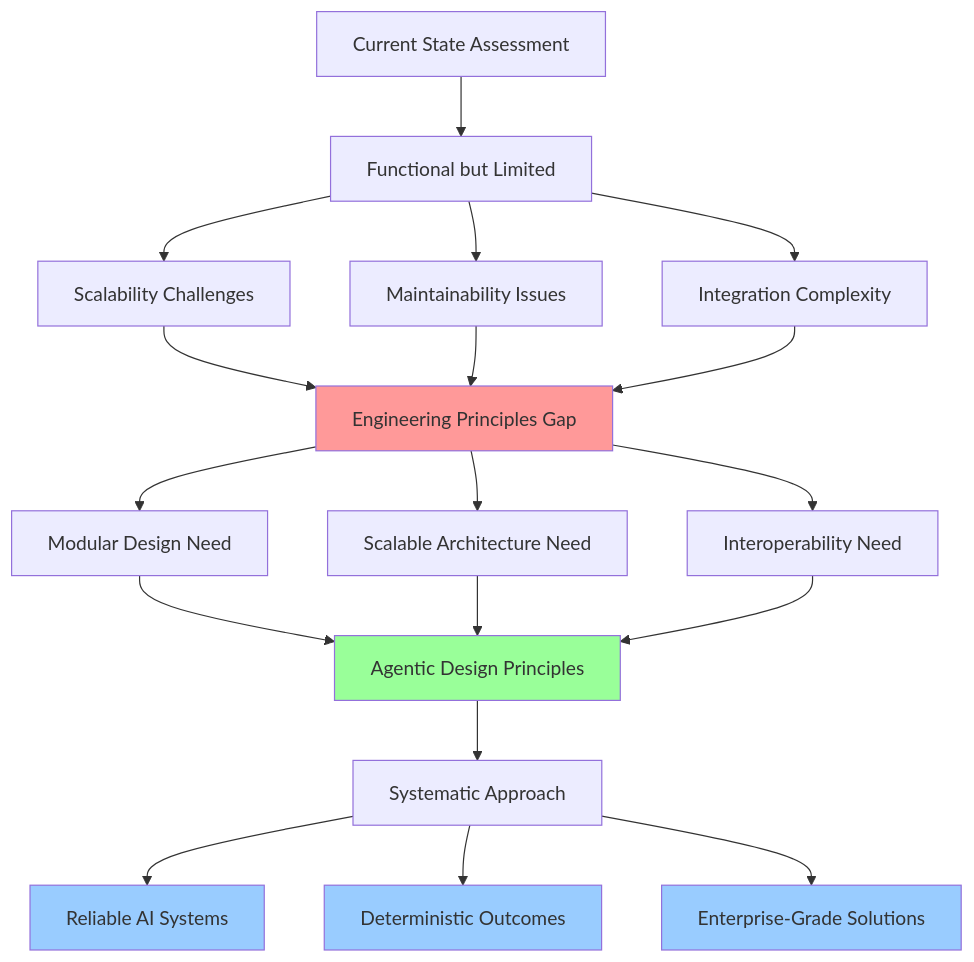
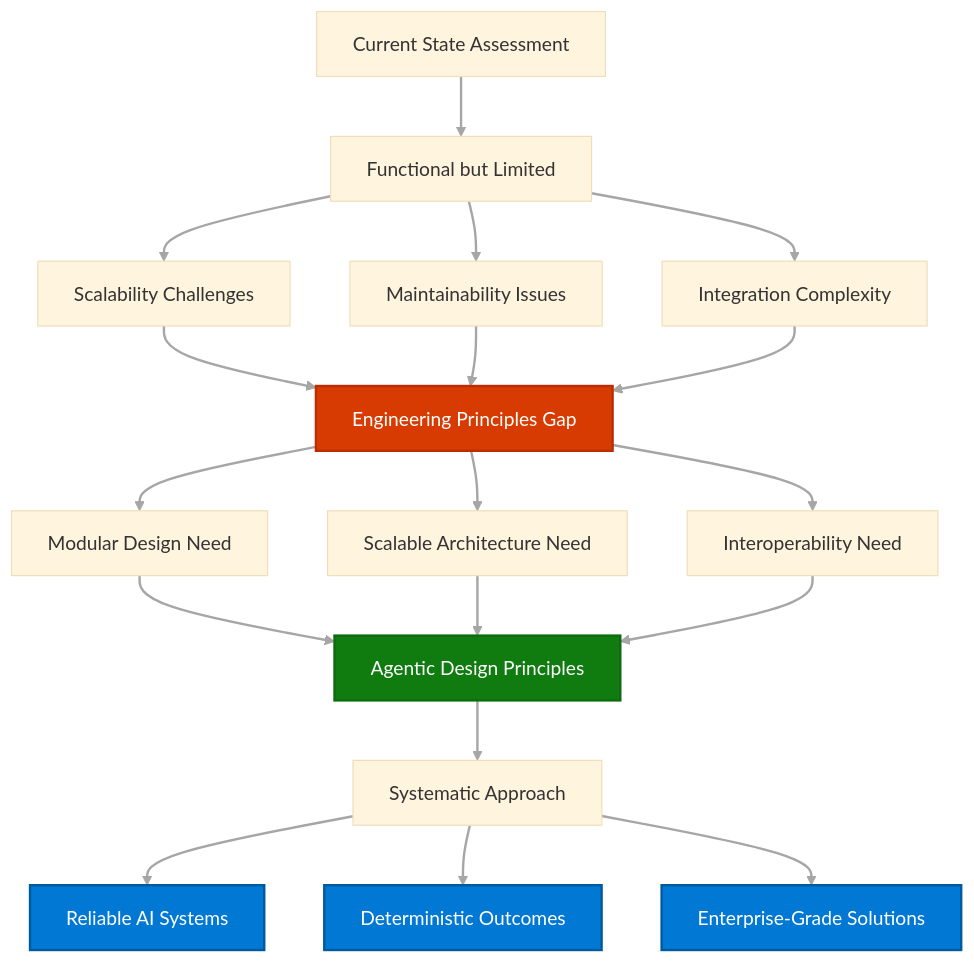
One commit to MTCMarkFranco/era-of-ai changed the fourth of 7 diagrams in ai-evolution-slides.md. Above: the diagram before and after it, drawn with Mermaid. The commit also changed other lines of this file, not shown here.

````diff
--- a/ai-evolution-slides.md
+++ b/ai-evolution-slides.md
@@ -110,30 +119,33 @@
 ```mermaid
+%%{init: {'theme':'base', 'themeVariables': { 'fontFamily': 'Segoe UI, Arial, sans-serif', 'fontSize': '16px'}}}%%
 graph TD
     A[Current State Assessment] --> B[Functional but Limited]
     B --> C[Scalability Challenges]
     B --> D[Maintainability Issues]
     B --> E[Integration Complexity]
     
     C --> F[Engineering Principles Gap]
     D --> F
     E --> F
     
     F --> G[Modular Design Need]
     F --> H[Scalable Architecture Need]
     F --> I[Interoperability Need]
     
     G --> J[Agentic Design Principles]
     H --> J
     I --> J
     
     J --> K[Systematic Approach]
     K --> L[Reliable AI Systems]
     K --> M[Deterministic Outcomes]
     K --> N[Enterprise-Grade Solutions]
     
-    style F fill:#ff9999
-    style J fill:#99ff99
-    style L fill:#99ccff
-    style M fill:#99ccff
-    style N fill:#99ccff
+    style F fill:#D83B01,stroke:#B92E00,stroke-width:2px,color:#FFFFFF
+    style J fill:#107C10,stroke:#0E6B0E,stroke-width:2px,color:#FFFFFF
+    style L fill:#0078D4,stroke:#005A9E,stroke-width:2px,color:#FFFFFF
+    style M fill:#0078D4,stroke:#005A9E,stroke-width:2px,color:#FFFFFF
+    style N fill:#0078D4,stroke:#005A9E,stroke-width:2px,color:#FFFFFF
+    
+    linkStyle default stroke:#A6A6A6,stroke-width:2px
 ```
````
